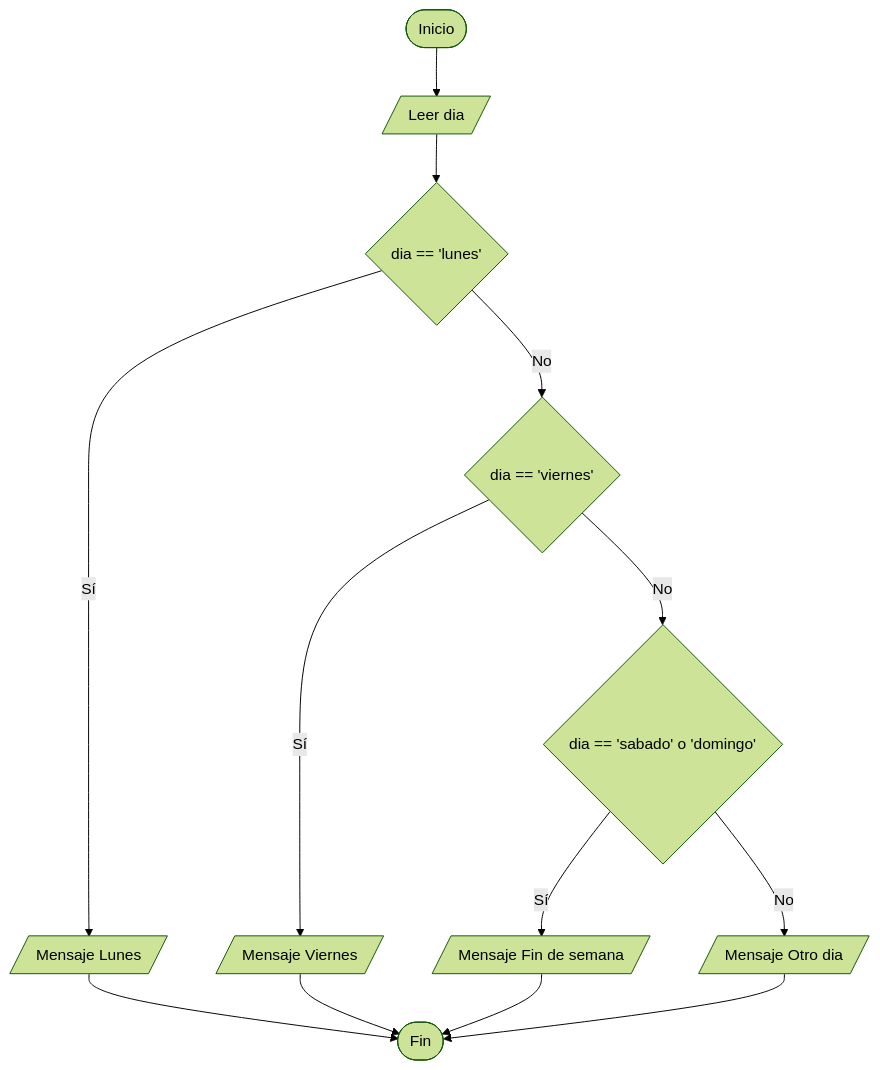
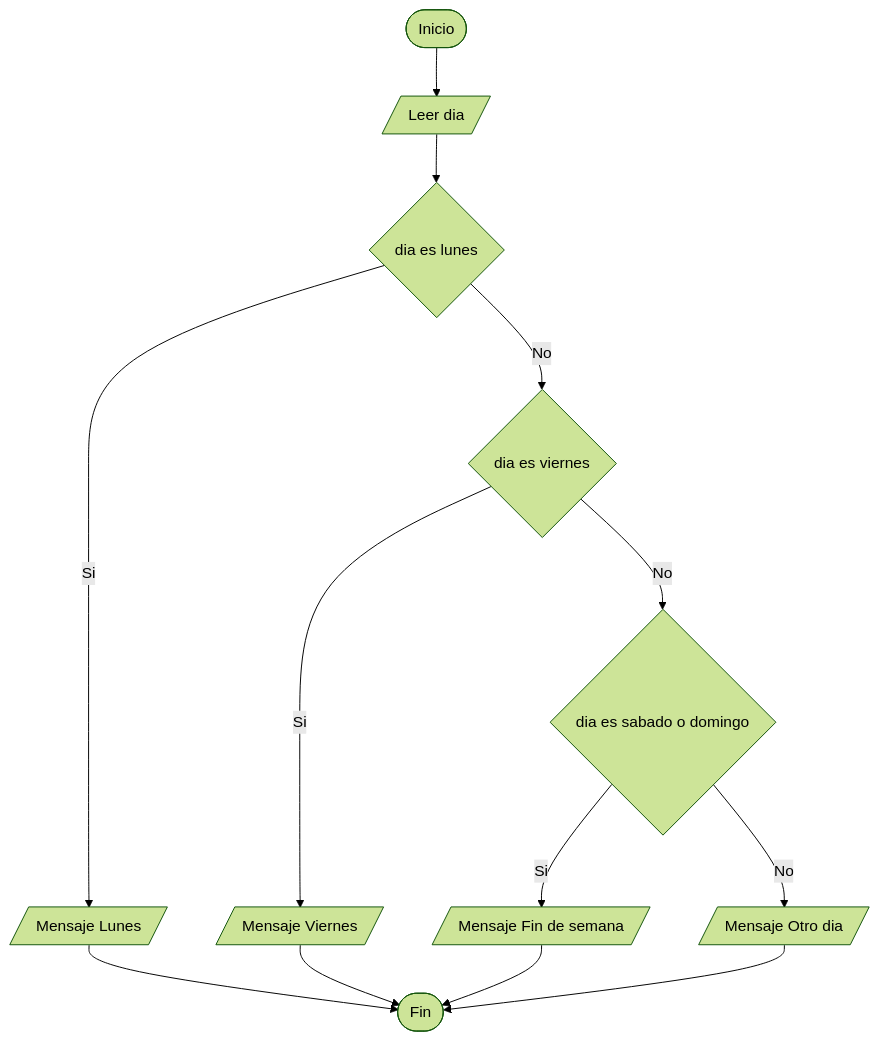
The third of 9 diagrams in diagramas.md (leslyquintero-eng/Taller-Condicionales-UTP), drawn with Mermaid (forest theme) before and after one commit. The commit also changed other lines of this file, not shown here.

Commit message:
Update flowchart text for clarity and consistency

````diff
--- a/diagramas.md
+++ b/diagramas.md
@@ -30,15 +29,15 @@
 ```mermaid
 graph TD
     A([Inicio]) --> B[/Leer dia/]
-    B --> C{dia == 'lunes'}
-    C -- Sí --> D[/Mensaje Lunes/]
-    C -- No --> E{dia == 'viernes'}
-    E -- Sí --> F[/Mensaje Viernes/]
-    E -- No --> G{dia == 'sabado' o 'domingo'}
-    G -- Sí --> H[/Mensaje Fin de semana/]
+    B --> C{dia es lunes}
+    C -- Si --> D[/Mensaje Lunes/]
+    C -- No --> E{dia es viernes}
+    E -- Si --> F[/Mensaje Viernes/]
+    E -- No --> G{dia es sabado o domingo}
+    G -- Si --> H[/Mensaje Fin de semana/]
     G -- No --> I[/Mensaje Otro dia/]
     D --> J([Fin])
     F --> J
     H --> J
     I --> J
 ```
````
